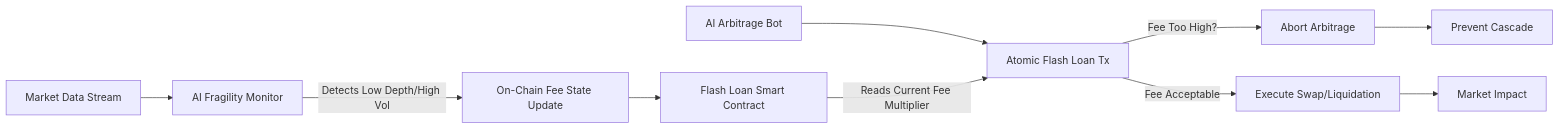
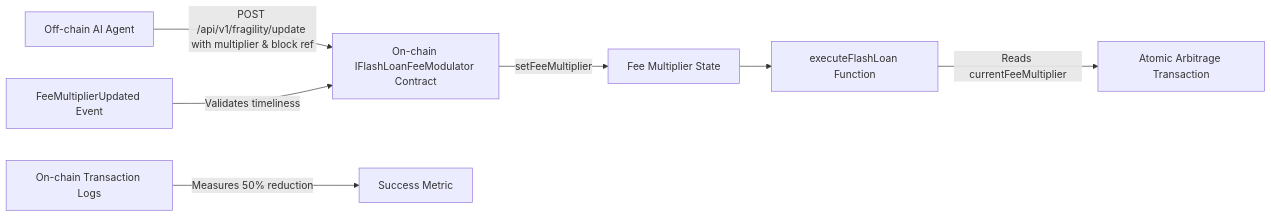
Before and after one commit to shawnhvac/agentworld-prior-art: the diagram in inventions/inv_pre_atomic_depth_gated_flash_loan_fee_modulator_57cd5.md, drawn with Mermaid. The commit also changed other lines of this file and 39 other files, not shown here.

````diff
--- a/inventions/inv_pre_atomic_depth_gated_flash_loan_fee_modulator_57cd5.md
+++ b/inventions/inv_pre_atomic_depth_gated_flash_loan_fee_modulator_57cd5.md
@@ -47,12 +47,9 @@
 ```mermaid
 graph LR
-    A[Market Data Stream] --> B[AI Fragility Monitor]
-    B -->|Detects Low Depth/High Vol| C[On-Chain Fee State Update]
-    C --> D[Flash Loan Smart Contract]
-    E[AI Arbitrage Bot] --> F[Atomic Flash Loan Tx]
-    D -->|Reads Current Fee Multiplier| F
-    F -->|Fee Too High?| G[Abort Arbitrage]
-    F -->|Fee Acceptable| H[Execute Swap/Liquidation]
-    G --> I[Prevent Cascade]
-    H --> J[Market Impact]
+    A[Off-chain AI Agent] -->|POST /api/v1/fragility/update with multiplier & block ref| B[On-chain IFlashLoanFeeModulator Contract]
+    B -->|setFeeMultiplier| C[Fee Multiplier State]
+    C --> D[executeFlashLoan Function]
+    D -->|Reads currentFeeMultiplier| E[Atomic Arbitrage Transaction]
+    F[FeeMultiplierUpdated Event] -->|Validates timeliness| B
+    G[On-chain Transaction Logs] -->|Measures 50% reduction| H[Success Metric]
 ```
````
